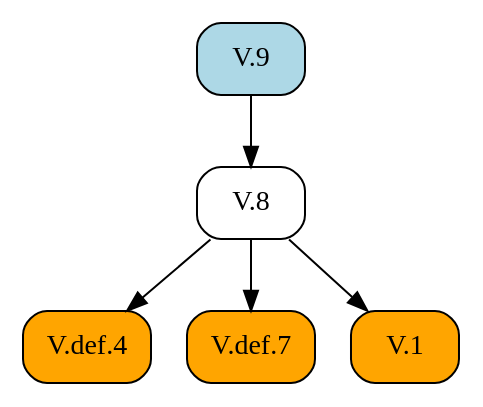
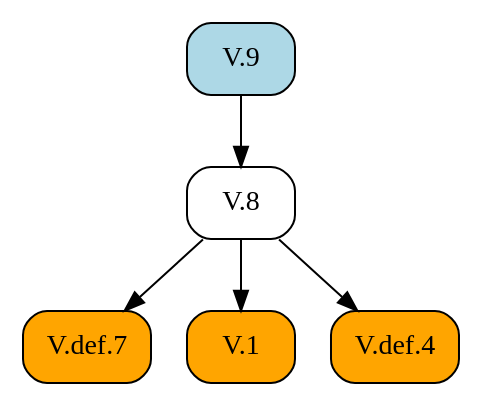
Before and after one commit to geometor/elements: the diagram in docsrc/elements2/V/9/index.rst, drawn with Graphviz. The commit also changed other lines of this file and 409 other files, not shown here.

First line of the commit message:
feat: Add image cropping and graphic extraction script

```diff
--- a/docsrc/elements2/V/9/index.rst
+++ b/docsrc/elements2/V/9/index.rst
@@ -40,15 +40,15 @@
 .. graphviz::
 
    digraph {
      rankdir="TB";
      node [shape=box, style=rounded];
+     "V.def.7" [style="rounded,filled", fillcolor=orange, URL="/elements2/V/def.7/", target="_top"];
+     "V.1" [style="rounded,filled", fillcolor=orange, URL="/elements2/V/1/", target="_top"];
+     "V.9" [style="rounded,filled", fillcolor=lightblue, URL="/elements2/V/9/", target="_top"];
      "V.8" [URL="/elements2/V/8/", target="_top"];
      "V.def.4" [style="rounded,filled", fillcolor=orange, URL="/elements2/V/def.4/", target="_top"];
-     "V.9" [style="rounded,filled", fillcolor=lightblue, URL="/elements2/V/9/", target="_top"];
-     "V.def.7" [style="rounded,filled", fillcolor=orange, URL="/elements2/V/def.7/", target="_top"];
-     "V.1" [style="rounded,filled", fillcolor=orange, URL="/elements2/V/1/", target="_top"];
+     "V.8" -> "V.def.7";
+     "V.8" -> "V.1";
      "V.9" -> "V.8";
      "V.8" -> "V.def.4";
-     "V.8" -> "V.def.7";
-     "V.8" -> "V.1";
    }
```
